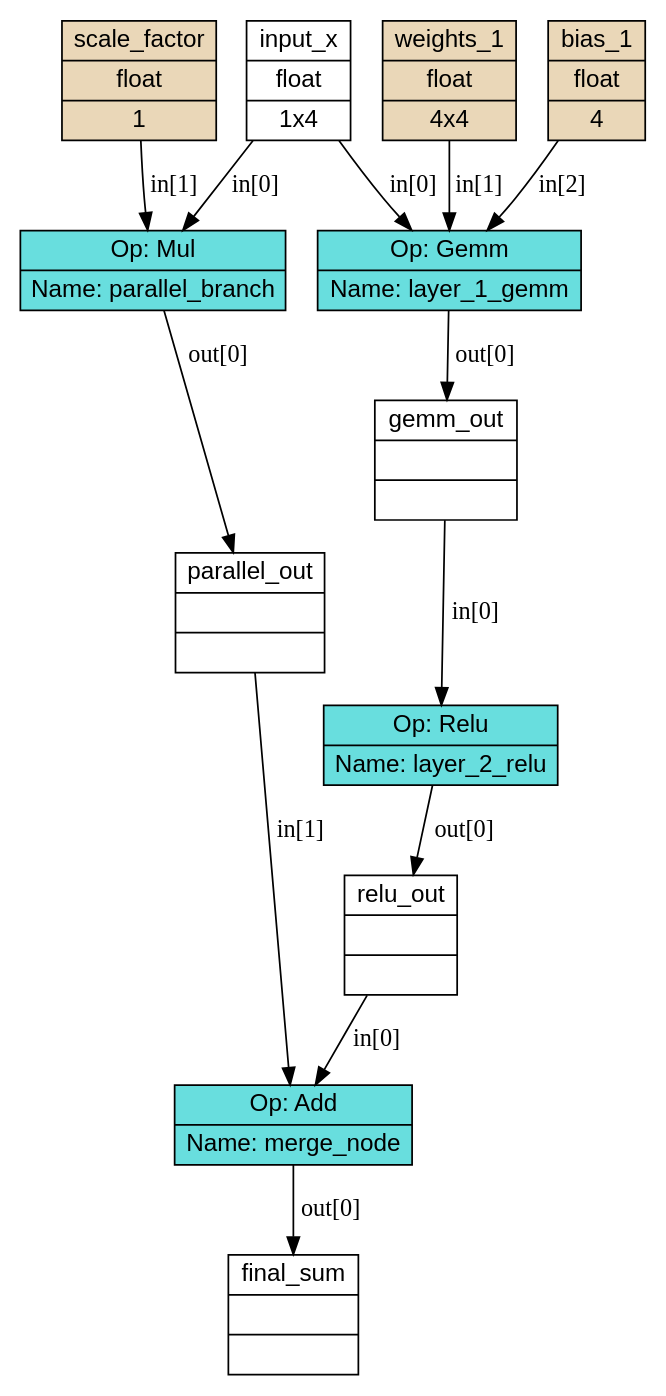
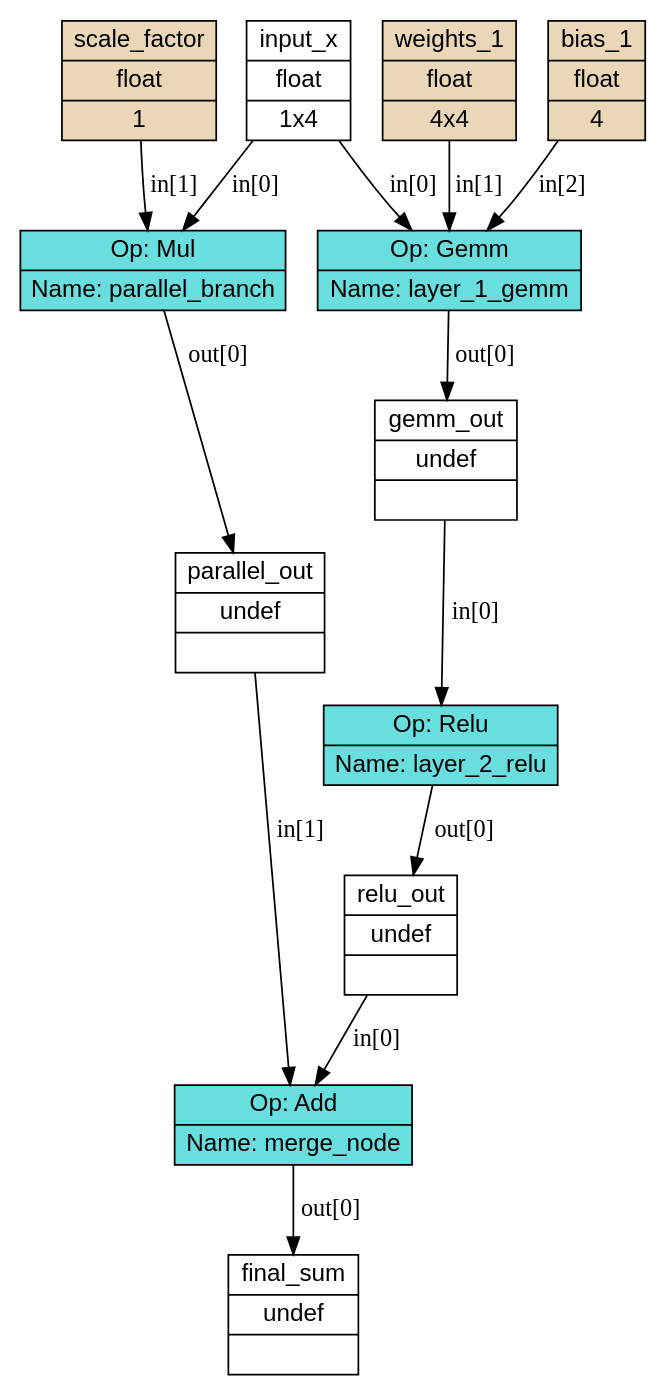
The diagram in graphviz/graph.dot (aywert/TensorCompiler), drawn with Graphviz before and after one commit. The commit also changed 16 other files, not shown here.

```diff
--- a/graphviz/graph.dot
+++ b/graphviz/graph.dot
@@ -1,28 +1,28 @@
 digraph ONNX_Graph {
   rankdir=TB; 
   node [shape=record, style=filled, fontname="Arial"];
   "bias_1" [shape=record, style=filled, fillcolor="#ead7b8", label="{ bias_1 | float | 4 }"];
   "scale_factor" [shape=record, style=filled, fillcolor="#ead7b8", label="{ scale_factor | float | 1 }"];
   "weights_1" [shape=record, style=filled, fillcolor="#ead7b8", label="{ weights_1 | float | 4x4 }"];
-  "final_sum" [shape=record, style=filled, fillcolor="#ffffff", label="{ final_sum |  |  }"];
-  "gemm_out" [shape=record, style=filled, fillcolor="#ffffff", label="{ gemm_out |  |  }"];
+  "final_sum" [shape=record, style=filled, fillcolor="#ffffff", label="{ final_sum | undef |  }"];
+  "gemm_out" [shape=record, style=filled, fillcolor="#ffffff", label="{ gemm_out | undef |  }"];
   "input_x" [shape=record, style=filled, fillcolor="#ffffff", label="{ input_x | float | 1x4 }"];
-  "parallel_out" [shape=record, style=filled, fillcolor="#ffffff", label="{ parallel_out |  |  }"];
-  "relu_out" [shape=record, style=filled, fillcolor="#ffffff", label="{ relu_out |  |  }"];
+  "parallel_out" [shape=record, style=filled, fillcolor="#ffffff", label="{ parallel_out | undef |  }"];
+  "relu_out" [shape=record, style=filled, fillcolor="#ffffff", label="{ relu_out | undef |  }"];
   node_0 [label="{ Op: Gemm | Name: layer_1_gemm}", fillcolor="#68dede"];
   "input_x" -> node_0 [label="in[0]"];
   "weights_1" -> node_0 [label="in[1]"];
   "bias_1" -> node_0 [label="in[2]"];
   node_0 -> "gemm_out" [label="out[0]"];
   node_1 [label="{ Op: Relu | Name: layer_2_relu}", fillcolor="#68dede"];
   "gemm_out" -> node_1 [label="in[0]"];
   node_1 -> "relu_out" [label="out[0]"];
   node_2 [label="{ Op: Mul | Name: parallel_branch}", fillcolor="#68dede"];
   "input_x" -> node_2 [label="in[0]"];
   "scale_factor" -> node_2 [label="in[1]"];
   node_2 -> "parallel_out" [label="out[0]"];
   node_3 [label="{ Op: Add | Name: merge_node}", fillcolor="#68dede"];
   "relu_out" -> node_3 [label="in[0]"];
   "parallel_out" -> node_3 [label="in[1]"];
   node_3 -> "final_sum" [label="out[0]"];
 }
```
